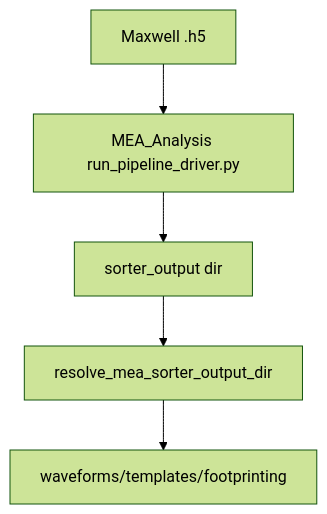
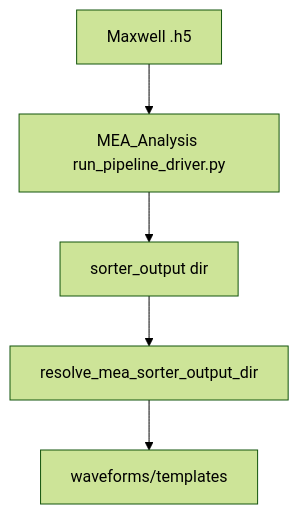
Before and after one commit to adamwea/axon_reconstructor: the diagram in src/axon_reconstructor/pipeline/spikesorting/README.md, drawn with Mermaid (forest theme). The commit also changed 40 other files, not shown here.

Commit message:
merged templates and footprinting to be just templates. Testing still needed

````diff
--- a/src/axon_reconstructor/pipeline/spikesorting/README.md
+++ b/src/axon_reconstructor/pipeline/spikesorting/README.md
@@ -33,7 +33,7 @@
 ```mermaid
 flowchart TD
   A[Maxwell .h5] --> B[MEA_Analysis run_pipeline_driver.py]
   B --> C[sorter_output dir]
   C --> D[resolve_mea_sorter_output_dir]
-  D --> E[waveforms/templates/footprinting]
+  D --> E[waveforms/templates]
 ```
````
